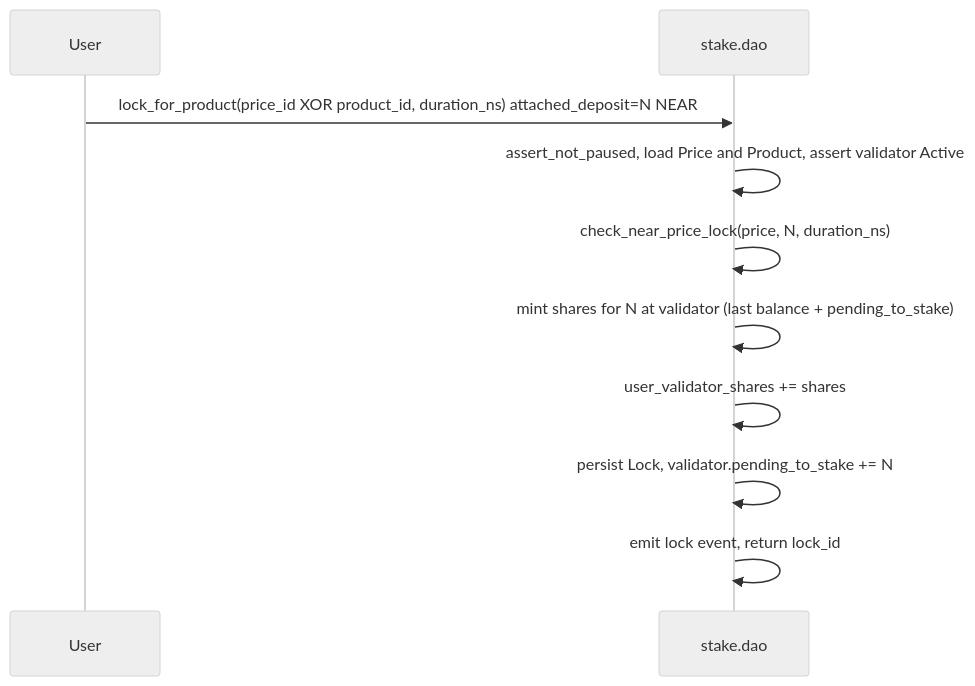
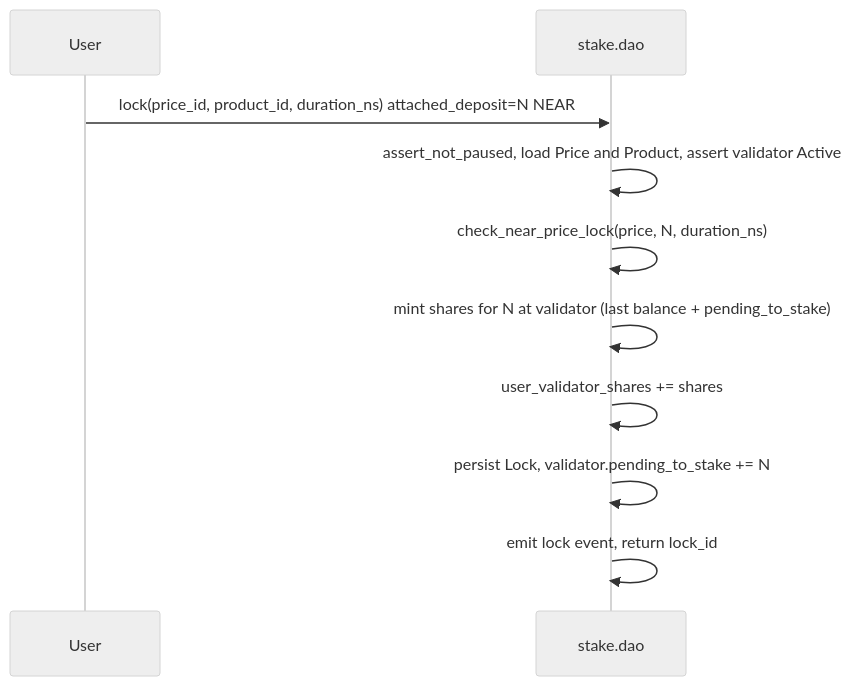
The second of 2 diagrams in staking-contract/docs/PLAN.md (nearai/house-of-stake-contracts), drawn with Mermaid (neutral theme) before and after one commit. The commit also changed other lines of this file and 48 other files, not shown here.

````diff
--- a/staking-contract/docs/PLAN.md
+++ b/staking-contract/docs/PLAN.md
@@ -309,13 +309,13 @@
 ```mermaid
 sequenceDiagram
     participant User
     participant StakeDao as stake.dao
 
-    User->>StakeDao: lock_for_product(price_id XOR product_id, duration_ns) attached_deposit=N NEAR
+    User->>StakeDao: lock(price_id, product_id, duration_ns) attached_deposit=N NEAR
     StakeDao->>StakeDao: assert_not_paused, load Price and Product, assert validator Active
     StakeDao->>StakeDao: check_near_price_lock(price, N, duration_ns)
     StakeDao->>StakeDao: mint shares for N at validator (last balance + pending_to_stake)
     StakeDao->>StakeDao: user_validator_shares += shares
     StakeDao->>StakeDao: persist Lock, validator.pending_to_stake += N
     StakeDao->>StakeDao: emit lock event, return lock_id
 ```
````
